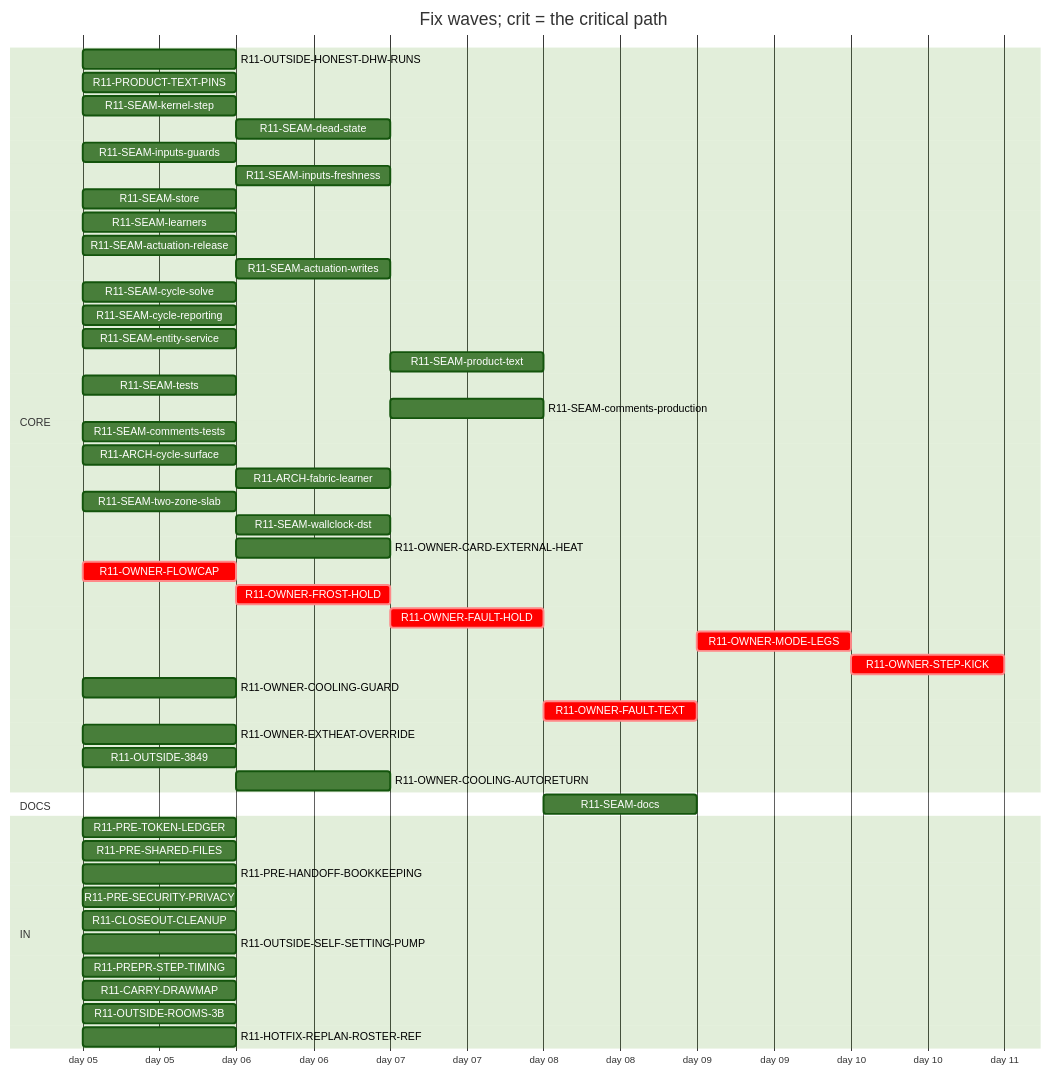
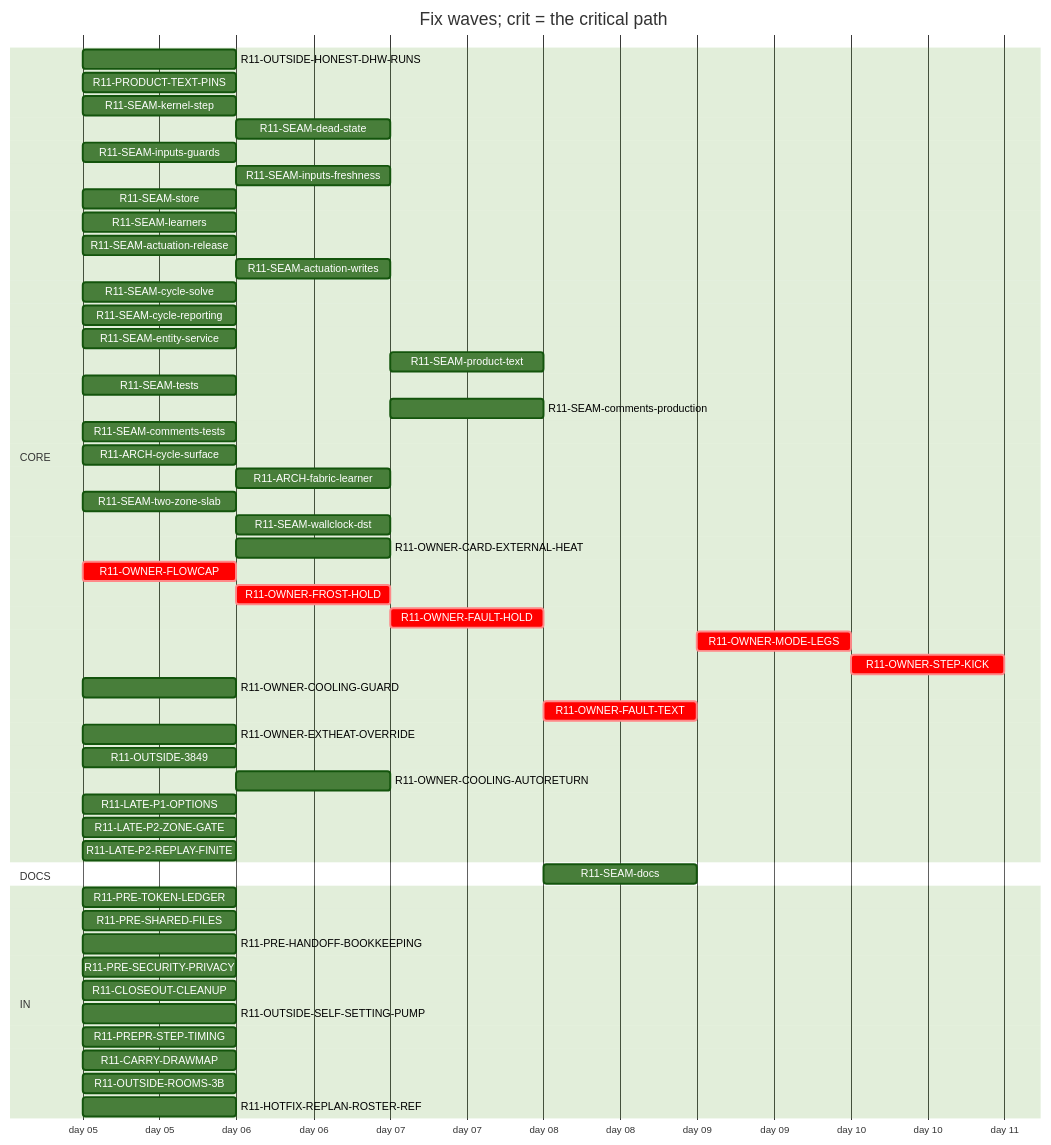
One commit to tvofi/heatpump_optimizer changed the diagram in handoff/round11/state/PLAN-TABLE.md. Above: the diagram before and after it, drawn with Mermaid (forest theme). The commit also changed other lines of this file and 4 other files, not shown here.

Commit message:
state: FLOW-BOARD.md, NEXT-SESSION-PROMPT.md, PLAN-TABLE.md, PLAN.html, RESUME-CURRENT.md regenerated (state_docs.py)

````diff
--- a/handoff/round11/state/PLAN-TABLE.md
+++ b/handoff/round11/state/PLAN-TABLE.md
@@ -16,52 +16,55 @@
 ```mermaid
 gantt
   title Fix waves; crit = the critical path
   dateFormat YYYY-MM-DD
   axisFormat day %d
   section CORE
     R11-OUTSIDE-HONEST-DHW-RUNS :r11OUTSIDEHONESTDHWRUNS, 2026-01-05, 1d
     R11-PRODUCT-TEXT-PINS :r11PRODUCTTEXTPINS, 2026-01-05, 1d
     R11-SEAM-kernel-step :r11SEAMkernelstep, 2026-01-05, 1d
     R11-SEAM-dead-state :r11SEAMdeadstate, after r11SEAMstore, 1d
     R11-SEAM-inputs-guards :r11SEAMinputsguards, 2026-01-05, 1d
     R11-SEAM-inputs-freshness :r11SEAMinputsfreshness, after r11SEAMkernelstep, 1d
     R11-SEAM-store :r11SEAMstore, 2026-01-05, 1d
     R11-SEAM-learners :r11SEAMlearners, 2026-01-05, 1d
     R11-SEAM-actuation-release :r11SEAMactuationrelease, 2026-01-05, 1d
     R11-SEAM-actuation-writes :r11SEAMactuationwrites, after r11SEAMkernelstep r11SEAMactuationrelease, 1d
     R11-SEAM-cycle-solve :r11SEAMcyclesolve, 2026-01-05, 1d
     R11-SEAM-cycle-reporting :r11SEAMcyclereporting, 2026-01-05, 1d
     R11-SEAM-entity-service :r11SEAMentityservice, 2026-01-05, 1d
     R11-SEAM-product-text :r11SEAMproducttext, after r11SEAMactuationrelease r11SEAMactuationwrites r11SEAMentityservice r11SEAMinputsguards r11SEAMinputsfreshness r11SEAMcyclesolve r11SEAMcyclereporting, 1d
     R11-SEAM-tests :r11SEAMtests, 2026-01-05, 1d
     R11-SEAM-comments-production :r11SEAMcommentsproduction, after r11SEAMactuationrelease r11SEAMactuationwrites r11SEAMentityservice r11SEAMinputsguards r11SEAMinputsfreshness r11SEAMcyclesolve r11SEAMcyclereporting, 1d
     R11-SEAM-comments-tests :r11SEAMcommentstests, 2026-01-05, 1d
     R11-ARCH-cycle-surface :r11ARCHcyclesurface, 2026-01-05, 1d
     R11-ARCH-fabric-learner :r11ARCHfabriclearner, after r11SEAMlearners, 1d
     R11-SEAM-two-zone-slab :r11SEAMtwozoneslab, 2026-01-05, 1d
     R11-SEAM-wallclock-dst :r11SEAMwallclockdst, after r11SEAMkernelstep, 1d
     R11-OWNER-CARD-EXTERNAL-HEAT :r11OWNERCARDEXTERNALHEAT, after r11OWNEREXTHEATOVERRIDE, 1d
     R11-OWNER-FLOWCAP :crit, r11OWNERFLOWCAP, 2026-01-05, 1d
     R11-OWNER-FROST-HOLD :crit, r11OWNERFROSTHOLD, after r11OWNERFLOWCAP, 1d
     R11-OWNER-FAULT-HOLD :crit, r11OWNERFAULTHOLD, after r11OWNERFROSTHOLD, 1d
     R11-OWNER-MODE-LEGS :crit, r11OWNERMODELEGS, after r11OWNERFAULTTEXT, 1d
     R11-OWNER-STEP-KICK :crit, r11OWNERSTEPKICK, after r11OWNERMODELEGS, 1d
     R11-OWNER-COOLING-GUARD :r11OWNERCOOLINGGUARD, 2026-01-05, 1d
     R11-OWNER-FAULT-TEXT :crit, r11OWNERFAULTTEXT, after r11OWNERFAULTHOLD, 1d
     R11-OWNER-EXTHEAT-OVERRIDE :r11OWNEREXTHEATOVERRIDE, 2026-01-05, 1d
     R11-OUTSIDE-3849 :r11OUTSIDE3849, 2026-01-05, 1d
     R11-OWNER-COOLING-AUTORETURN :r11OWNERCOOLINGAUTORETURN, after r11OWNERCOOLINGGUARD, 1d
+    R11-LATE-P1-OPTIONS :r11LATEP1OPTIONS, 2026-01-05, 1d
+    R11-LATE-P2-ZONE-GATE :r11LATEP2ZONEGATE, 2026-01-05, 1d
+    R11-LATE-P2-REPLAY-FINITE :r11LATEP2REPLAYFINITE, 2026-01-05, 1d
   section DOCS
     R11-SEAM-docs :r11SEAMdocs, after r11SEAMlearners r11SEAMactuationrelease r11SEAMactuationwrites r11SEAMentityservice r11SEAMinputsguards r11SEAMinputsfreshness r11SEAMcyclesolve r11SEAMcyclereporting r11SEAMproducttext, 1d
   section IN
     R11-PRE-TOKEN-LEDGER :r11PRETOKENLEDGER, 2026-01-05, 1d
     R11-PRE-SHARED-FILES :r11PRESHAREDFILES, 2026-01-05, 1d
     R11-PRE-HANDOFF-BOOKKEEPING :r11PREHANDOFFBOOKKEEPING, 2026-01-05, 1d
     R11-PRE-SECURITY-PRIVACY :r11PRESECURITYPRIVACY, 2026-01-05, 1d
     R11-CLOSEOUT-CLEANUP :r11CLOSEOUTCLEANUP, 2026-01-05, 1d
     R11-OUTSIDE-SELF-SETTING-PUMP :r11OUTSIDESELFSETTINGPUMP, 2026-01-05, 1d
     R11-PREPR-STEP-TIMING :r11PREPRSTEPTIMING, 2026-01-05, 1d
     R11-CARRY-DRAWMAP :r11CARRYDRAWMAP, 2026-01-05, 1d
     R11-OUTSIDE-ROOMS-3B :r11OUTSIDEROOMS3B, 2026-01-05, 1d
     R11-HOTFIX-REPLAN-ROSTER-REF :r11HOTFIXREPLANROSTERREF, 2026-01-05, 1d
 ```
````
